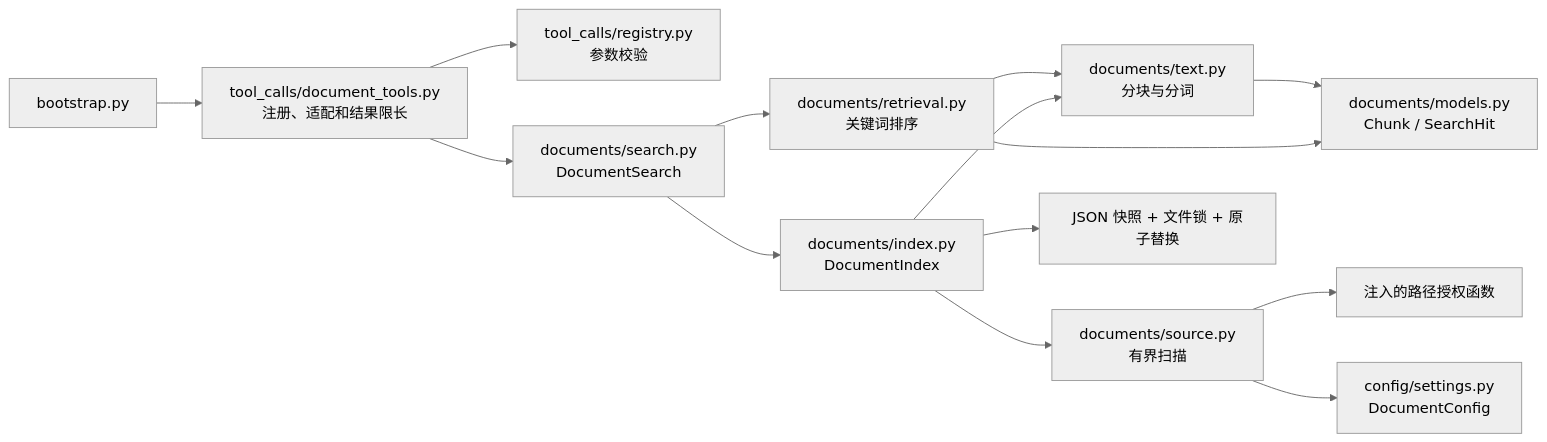
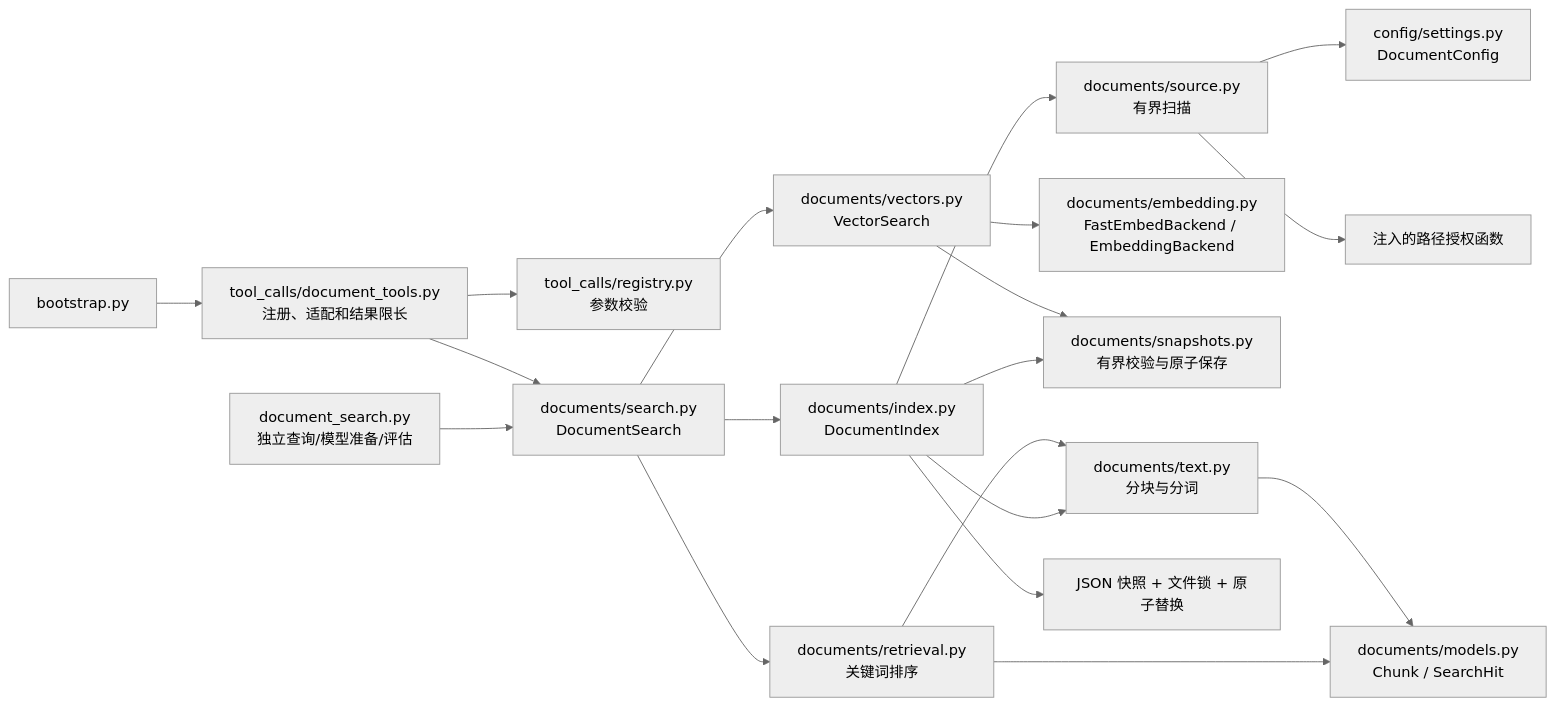
The first of 6 diagrams in docs/architecture.md (Plvltra/AdamAgent), drawn with Mermaid (neutral theme) before and after one commit. The commit also changed other lines of this file and 21 other files, not shown here.

````diff
--- a/docs/architecture.md
+++ b/docs/architecture.md
@@ -13,16 +13,21 @@
 ```mermaid
 flowchart LR
     TEXT["documents/text.py<br/>分块与分词"] --> VALUES["documents/models.py<br/>Chunk / SearchHit"]
     RANK["documents/retrieval.py<br/>关键词排序"] --> TEXT
     RANK --> VALUES
     BOOT["bootstrap.py"] --> TOOLS["tool_calls/document_tools.py<br/>注册、适配和结果限长"]
     TOOLS --> REGISTRY["tool_calls/registry.py<br/>参数校验"]
     TOOLS --> SEARCH["documents/search.py<br/>DocumentSearch"]
+    CLI["document_search.py<br/>独立查询/模型准备/评估"] --> SEARCH
     SEARCH --> RANK
+    SEARCH --> VECTOR["documents/vectors.py<br/>VectorSearch"]
+    VECTOR --> EMBED["documents/embedding.py<br/>FastEmbedBackend / EmbeddingBackend"]
+    VECTOR --> SNAP["documents/snapshots.py<br/>有界校验与原子保存"]
+    INDEX --> SNAP
     SEARCH --> INDEX
     INDEX["documents/index.py<br/>DocumentIndex"] --> SOURCE["documents/source.py<br/>有界扫描"]
     SOURCE --> AUTH["注入的路径授权函数"]
     INDEX --> TEXT
     INDEX --> CACHE["JSON 快照 + 文件锁 + 原子替换"]
     SOURCE --> CONFIG["config/settings.py<br/>DocumentConfig"]
 ```
````
